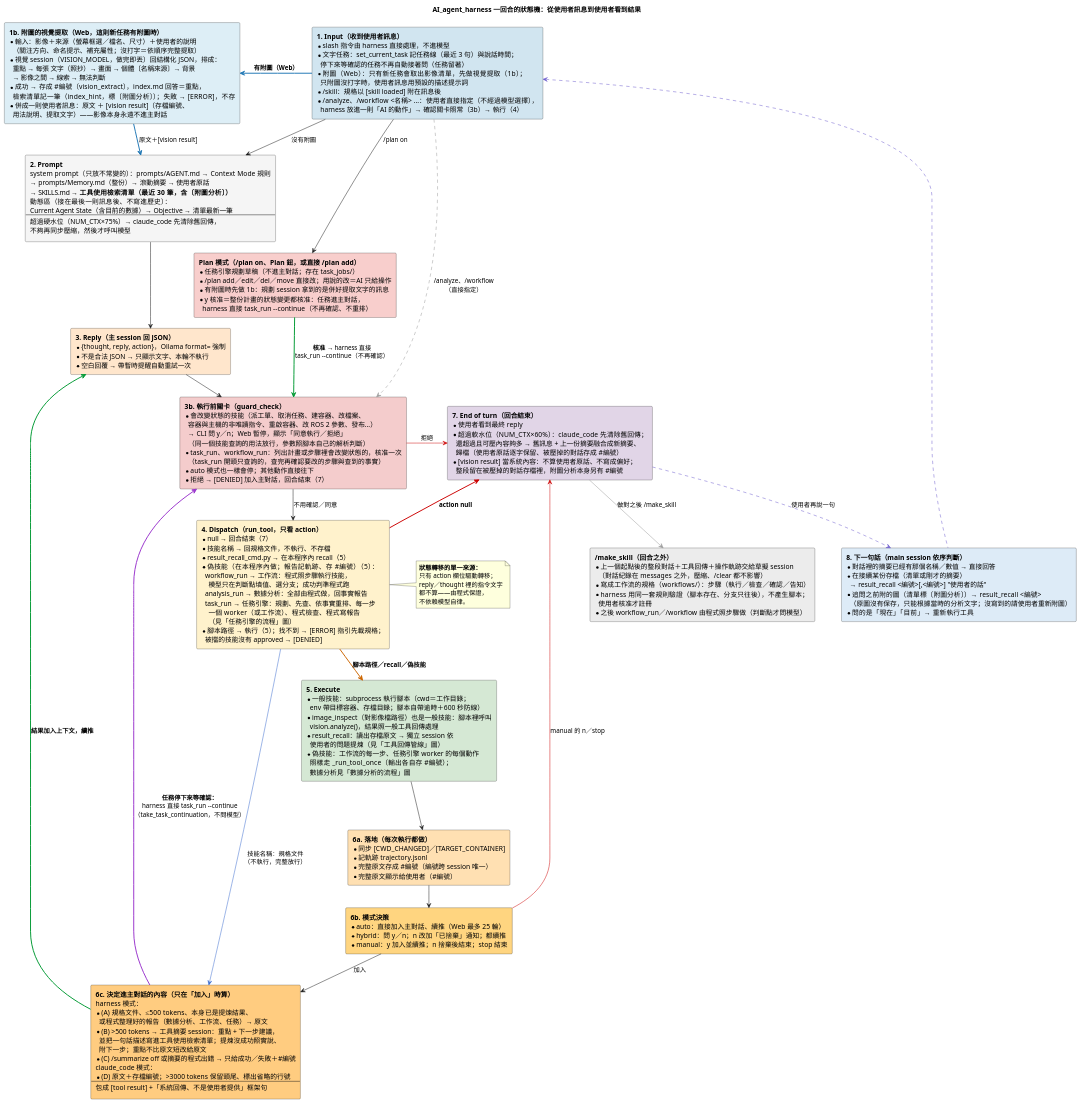
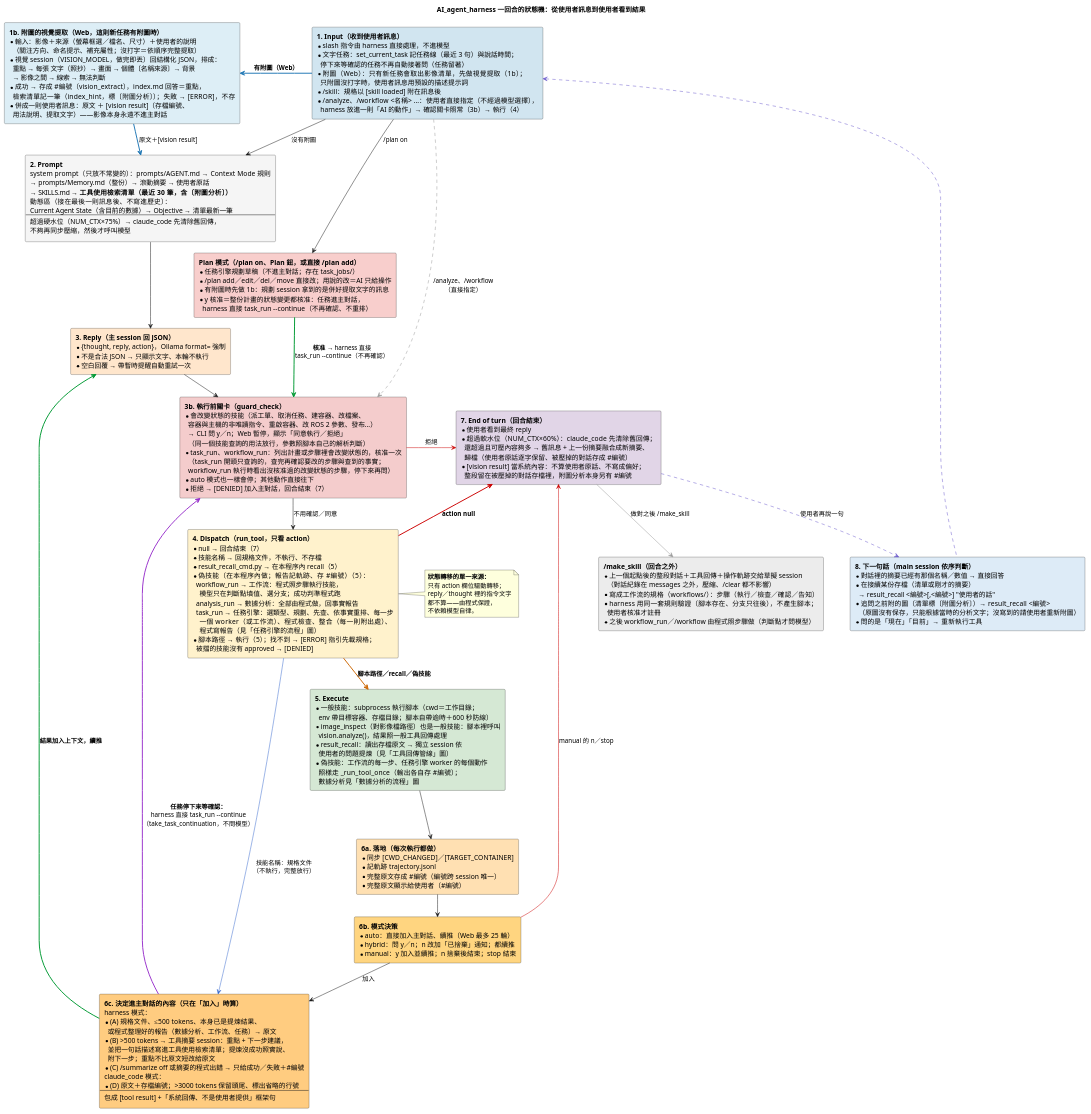
Before and after one commit to DavidZox/Coding_agnet: the diagram in doc/diagrams/AI_agent_harness的狀態轉移.puml, drawn with PlantUML. The commit also changed 46 other files, not shown here.

```diff
--- a/doc/diagrams/AI_agent_harness的狀態轉移.puml
+++ b/doc/diagrams/AI_agent_harness的狀態轉移.puml
@@ -1,197 +1,198 @@
 @startuml
 ' --- 樣式精準控制 ---
 skinparam RectangleWidthMax 360
 skinparam ranksep 45
 skinparam nodesep 55
 skinparam shadowing false
 skinparam defaultFontName "Microsoft JhengHei"
 
 title AI_agent_harness 一回合的狀態機：從使用者訊息到使用者看到結果
 
 rectangle State1 #D1E5F0 [
   **1. Input（收到使用者訊息）**
   * slash 指令由 harness 直接處理，不進模型
   * 文字任務：set_current_task 記任務線（最近 3 句）與說話時間；
     停下來等確認的任務不再自動接著問（任務留著）
   * 附圖（Web）：只有新任務會取出影像清單，先做視覺提取（1b）；
     只附圖沒打字時，使用者訊息用預設的描述提示詞
   * /skill：規格以 [skill loaded] 附在訊息後
   * /analyze、/workflow <名稱> …：使用者直接指定（不經過模型選擇），
     harness 放進一則「AI 的動作」→ 確認關卡照常（3b）→ 執行（4）
 ]
 
 rectangle StateVision #DDEEF6 [
   **1b. 附圖的視覺提取（Web，這則新任務有附圖時）**
   * 輸入：影像＋來源（螢幕框選／檔名、尺寸）＋使用者的說明
     （關注方向、命名提示、補充屬性；沒打字＝依順序完整提取）
   * 視覺 session（VISION_MODEL，做完即丟）回結構化 JSON，排成：
     重點 → 每張 文字（照抄）→ 畫面 → 個體〔名稱來源〕→ 背景
     → 影像之間 → 線索 → 無法判斷
   * 成功 → 存成 #編號（vision_extract），index.md 回答＝重點，
     檢索清單記一筆（index_hint，標〔附圖分析〕）；失敗 → [ERROR]，不存
   * 併成一則使用者訊息：原文 ＋ [vision result]（存檔編號、
     用法說明、提取文字）——影像本身永遠不進主對話
 ]
 
 rectangle State2 #F5F5F5 [
   **2. Prompt**
   system prompt（只放不常變的）：prompts/AGENT.md → Context Mode 規則
   → prompts/Memory.md（整份）→ 滾動摘要 → 使用者原話
   → SKILLS.md → **工具使用檢索清單（最近 30 筆，含〔附圖分析〕）**
   動態區（接在最後一則訊息後、不寫進歷史）：
   Current Agent State（含目前的數據）→ Objective → 清單最新一筆
   ----
   超過硬水位（NUM_CTX×75%）→ claude_code 先清除舊回傳，
   不夠再同步壓縮，然後才呼叫模型
 ]
 
 rectangle State3 #FFE6CC [
   **3. Reply（主 session 回 JSON）**
   * {thought, reply, action}，Ollama format= 強制
   * 不是合法 JSON → 只顯示文字、本輪不執行
   * 空白回覆 → 帶暫時提醒自動重試一次
 ]
 
 rectangle StateGuard #F4CCCC [
   **3b. 執行前關卡（guard_check）**
   * 會改變狀態的技能（派工單、取消任務、建容器、改檔案、
     容器與主機的非唯讀指令、重啟容器、改 ROS 2 參數、發布…）
     → CLI 問 y／n；Web 暫停，顯示「同意執行／拒絕」
     （同一個技能查詢的用法放行，參數照腳本自己的解析判斷）
   * task_run、workflow_run：列出計畫或步驟裡會改變狀態的，核准一次
-    （task_run 開頭只查詢的，查完再確認要改的步驟與查到的事實）
+    （task_run 開頭只查詢的，查完再確認要改的步驟與查到的事實；
+    workflow_run 執行時看出沒核准過的改變狀態的步驟，停下來再問）
   * auto 模式也一樣會停；其他動作直接往下
   * 拒絕 → [DENIED] 加入主對話，回合結束（7）
 ]
 
 rectangle State4 #FFF2CC [
   **4. Dispatch（run_tool，只看 action）**
   * null → 回合結束（7）
   * 技能名稱 → 回規格文件，不執行、不存檔
   * result_recall_cmd.py → 在本程序內 recall（5）
   * 偽技能（在本程序內做；報告記軌跡、存 #編號）（5）：
     workflow_run → 工作流：程式照步驟執行技能，
       模型只在判斷點填值、選分支；成功判準程式跑
     analysis_run → 數據分析：全部由程式做，回事實報告
-    task_run → 任務引擎：規劃、先查、依事實重排、每一步
-      一個 worker（或工作流）、程式檢查、程式寫報告
-      （見「任務引擎的流程」圖）
+    task_run → 任務引擎：選類型、規劃、先查、依事實重排、每一步
+      一個 worker（或工作流）、程式檢查、整合（每一則附出處）、
+      程式寫報告（見「任務引擎的流程」圖）
   * 腳本路徑 → 執行（5）；找不到 → [ERROR] 指引先載規格；
     被擋的技能沒有 approved → [DENIED]
 ]
 
 rectangle State5 #D5E8D4 [
   **5. Execute**
   * 一般技能：subprocess 執行腳本（cwd＝工作目錄；
     env 帶目標容器、存檔目錄；腳本自帶逾時＋600 秒防線）
   * image_inspect（對影像檔路徑）也是一般技能：腳本裡呼叫
     vision.analyze()，結果照一般工具回傳處理
   * result_recall：讀出存檔原文 → 獨立 session 依
     使用者的問題提煉（見「工具回傳管線」圖）
   * 偽技能：工作流的每一步、任務引擎 worker 的每個動作
     照樣走 _run_tool_once（輸出各自存 #編號）；
     數據分析見「數據分析的流程」圖
 ]
 
 rectangle State6a #FFE0B2 [
   **6a. 落地（每次執行都做）**
   * 同步 [CWD_CHANGED]／[TARGET_CONTAINER]
   * 記軌跡 trajectory.jsonl
   * 完整原文存成 #編號（編號跨 session 唯一）
   * 完整原文顯示給使用者（#編號）
 ]
 
 rectangle State6b #FFD580 [
   **6b. 模式決策**
   * auto：直接加入主對話、續推（Web 最多 25 輪）
   * hybrid：問 y／n；n 改加「已捨棄」通知；都續推
   * manual：y 加入並續推；n 捨棄後結束；stop 結束
 ]
 
 rectangle State6c #FFCC80 [
   **6c. 決定進主對話的內容（只在「加入」時算）**
   harness 模式：
   * (A) 規格文件、≤500 tokens、本身已是提煉結果、
     或程式整理好的報告（數據分析、工作流、任務）→ 原文
   * (B) >500 tokens → 工具摘要 session：重點 + 下一步建議，
     並把一句話描述寫進工具使用檢索清單；提煉沒成功照實說、
     附下一步；重點不比原文短改給原文
   * (C) /summarize off 或摘要的程式出錯 → 只給成功／失敗＋#編號
   claude_code 模式：
   * (D) 原文＋存檔編號；>3000 tokens 保留頭尾、標出省略的行號
   ----
   包成 [tool result] +「系統回傳、不是使用者提供」框架句
 ]
 
 rectangle State7 #E1D5E7 [
   **7. End of turn（回合結束）**
   * 使用者看到最終 reply
   * 超過軟水位（NUM_CTX×60%）：claude_code 先清除舊回傳；
     還超過且可壓內容夠多 → 舊訊息 + 上一份摘要融合成新摘要、
     歸檔（使用者原話逐字保留、被壓掉的對話存成 #編號）
   * [vision result] 當系統內容：不算使用者原話、不寫成偏好；
     整段留在被壓掉的對話存檔裡，附圖分析本身另有 #編號
 ]
 
 rectangle State8 #DDEBF7 [
   **8. 下一句話（main session 依序判斷）**
   * 對話裡的摘要已經有那個名稱／數值 → 直接回答
   * 在接續某份存檔（清單或剛才的摘要）
     → result_recall <編號>[,<編號>] "使用者的話"
   * 追問之前附的圖（清單標〔附圖分析〕）→ result_recall <編號>
     （原圖沒有保存，只能根據當時的分析文字；沒寫到的請使用者重新附圖）
   * 問的是「現在」「目前」→ 重新執行工具
 ]
 
 rectangle StatePlan #F8CECC [
   **Plan 模式（/plan on、Plan 鈕，或直接 /plan add）**
   * 任務引擎規劃草稿（不進主對話；存在 task_jobs/）
   * /plan add／edit／del／move 直接改；用說的改＝AI 只給操作
   * 有附圖時先做 1b：規劃 session 拿到的是併好提取文字的訊息
   * y 核准＝整份計畫的狀態變更都核准：任務進主對話，
     harness 直接 task_run --continue（不再確認、不重排）
 ]
 
 rectangle StateSkill #ECECEC [
   **/make_skill（回合之外）**
   * 上一個起點後的整段對話＋工具回傳＋操作軌跡交給草擬 session
     （對話紀錄在 messages 之外，壓縮、/clear 都不影響）
   * 寫成工作流的規格（workflows/）：步驟（執行／檢查／確認／告知）
   * harness 用同一套規則驗證（腳本存在、分支只往後），不產生腳本；
     使用者核准才註冊
   * 之後 workflow_run／/workflow 由程式照步驟做（判斷點才問模型）
 ]
 
 ' --- 邏輯流向 ---
 State1 -down-> State2 : 沒有附圖
 State1 -[#1F77B4,bold]left-> StateVision : **有附圖（Web）**
 StateVision -[#1F77B4,bold]down-> State2 : 原文＋[vision result]
 State2 -down-> State3
 State3 -down-> StateGuard
 StateGuard -down-> State4 : 不用確認／同意
 StateGuard -[#CC0000]left-> State7 : 拒絕
 State4 -[#CC6600,bold]down-> State5 : **腳本路徑／recall／偽技能**
 State4 -[#3366CC]right-> State6c : 技能名稱：規格文件\n（不執行，完整放行）
 State5 -down-> State6a
 State6a -down-> State6b
 State6b -down-> State6c : 加入
 State6c -[#009933,bold]up-> State3 : **結果加入上下文，續推**
 State6c -[#9933CC,bold]up-> StateGuard : **任務停下來等確認：**\nharness 直接 task_run --continue\n（take_task_continuation，不問模型）
 State4 -[#CC0000,bold]left-> State7 : **action null**
 State6b -[#CC0000]left-> State7 : manual 的 n／stop
 State7 -[#6A5ACD,dashed]down-> State8 : 使用者再說一句
 State8 -[#6A5ACD,dashed]up-> State1
 State1 -down-> StatePlan : /plan on
 State1 -[#999999,dashed]right-> StateGuard : /analyze、/workflow\n（直接指定）
 StatePlan -[#009933,bold]-> StateGuard : **核准** → harness 直接\ntask_run --continue（不再確認）
 State7 -[#999999]down-> StateSkill : 做對之後 /make_skill
 
 note right of State4
   **狀態轉移的單一來源：**
   只有 action 欄位驅動轉移；
   reply／thought 裡的指令文字
   都不算——由程式保證，
   不依賴模型自律。
 end note
 
 @enduml
```
